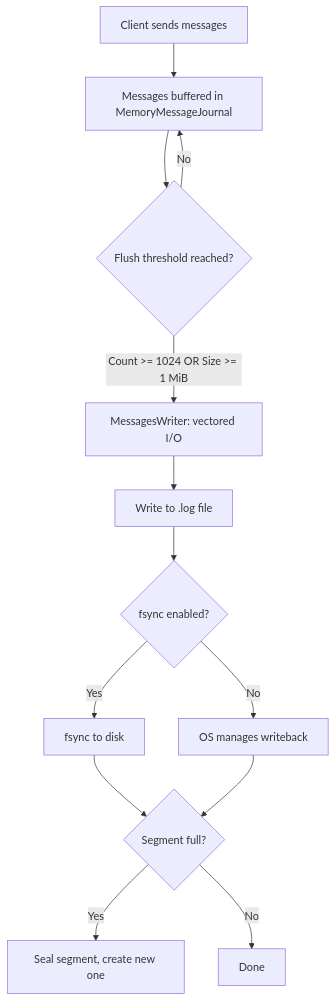
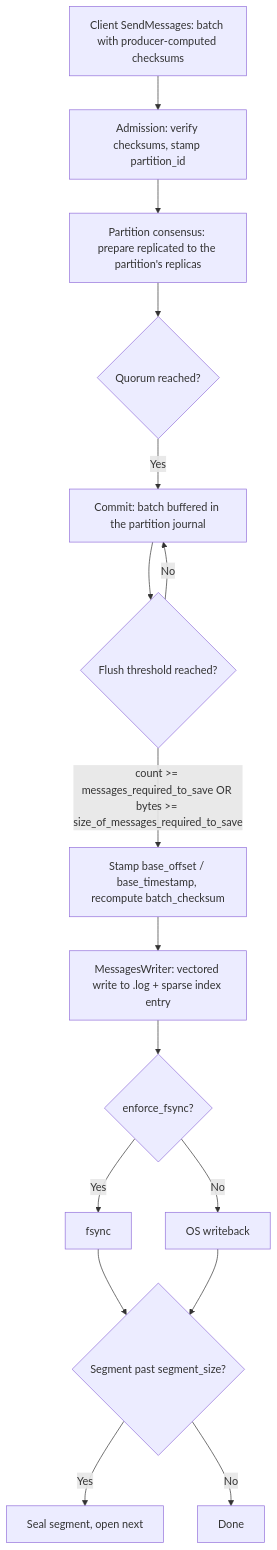
One commit to apache/iggy-website changed the diagram in content/docs/server/storage-engine.mdx. Above: the diagram before and after it, drawn with Mermaid. The commit also changed other lines of this file and 37 other files, not shown here.

````diff
--- a/content/docs/server/storage-engine.mdx
+++ b/content/docs/server/storage-engine.mdx
@@ -87,15 +84,18 @@
 ```mermaid
 graph TD
-  A["Client sends messages"] --> B["Messages buffered in MemoryMessageJournal"]
-  B --> C{"Flush threshold reached?"}
-  C -->|"Count >= 1024 OR Size >= 1 MiB"| D["MessagesWriter: vectored I/O"]
-  C -->|"No"| B
-  D --> E["Write to .log file"]
-  E --> F{"fsync enabled?"}
-  F -->|"Yes"| G["fsync to disk"]
-  F -->|"No"| H["OS manages writeback"]
-  G --> I{"Segment full?"}
-  H --> I
-  I -->|"Yes"| J["Seal segment, create new one"]
-  I -->|"No"| K["Done"]
+  A["Client SendMessages: batch with producer-computed checksums"] --> B["Admission: verify checksums, stamp partition_id"]
+  B --> C["Partition consensus: prepare replicated to the partition's replicas"]
+  C --> D{"Quorum reached?"}
+  D -->|"Yes"| E["Commit: batch buffered in the partition journal"]
+  E --> F{"Flush threshold reached?"}
+  F -->|"count >= messages_required_to_save OR bytes >= size_of_messages_required_to_save"| G["Stamp base_offset / base_timestamp, recompute batch_checksum"]
+  F -->|"No"| E
+  G --> H["MessagesWriter: vectored write to .log + sparse index entry"]
+  H --> I{"enforce_fsync?"}
+  I -->|"Yes"| J["fsync"]
+  I -->|"No"| K["OS writeback"]
+  J --> L{"Segment past segment_size?"}
+  K --> L
+  L -->|"Yes"| M["Seal segment, open next"]
+  L -->|"No"| N["Done"]
 ```
````
